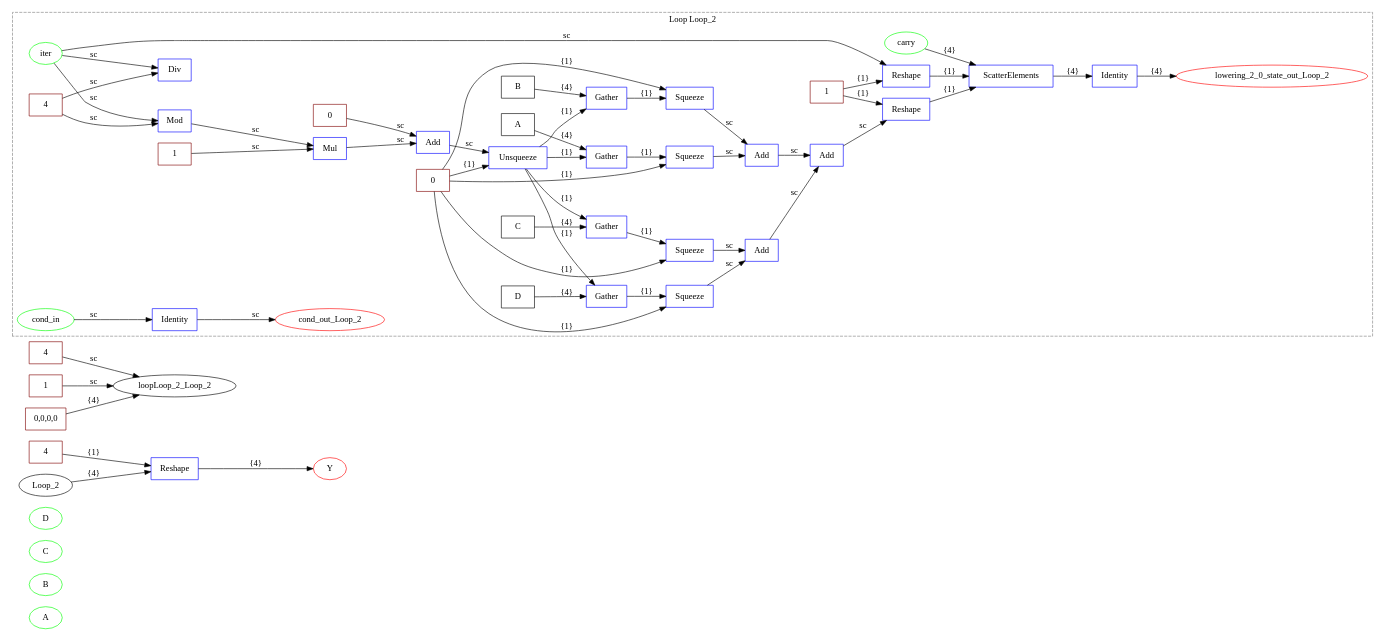
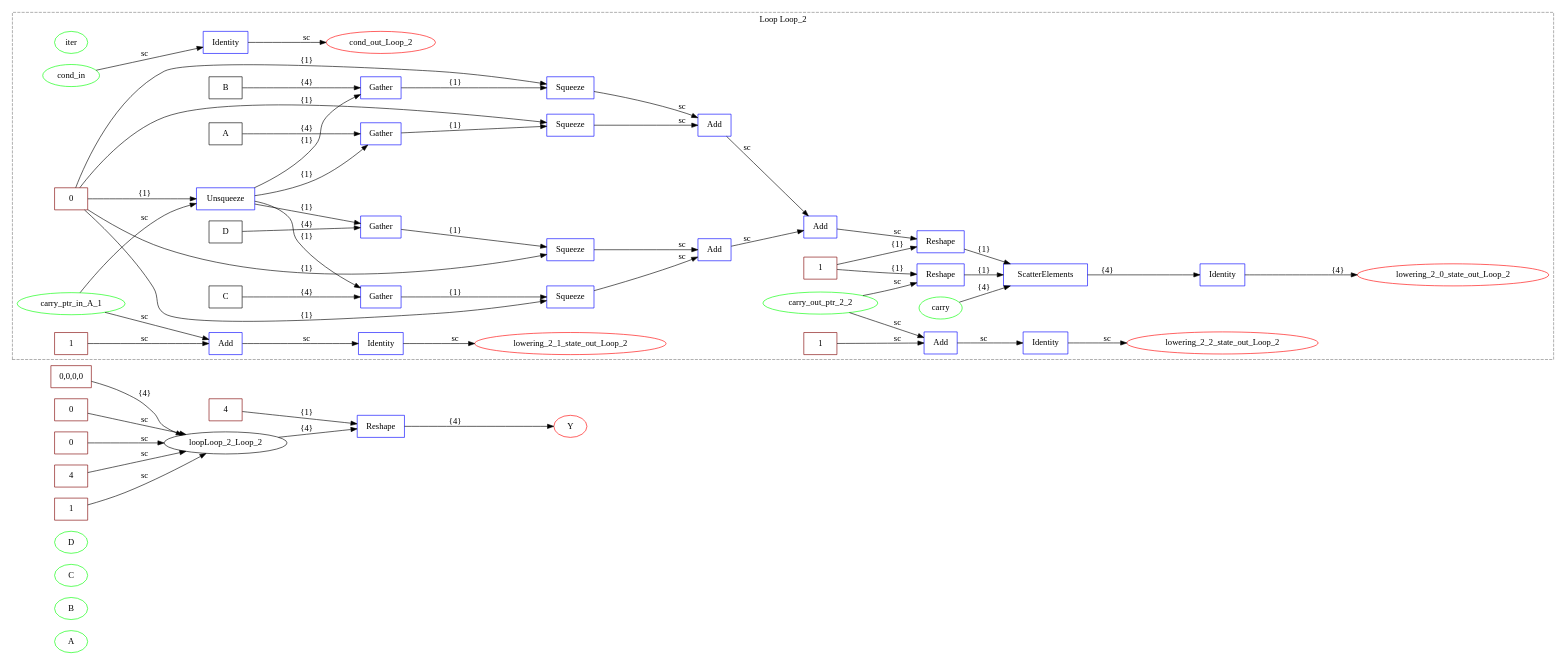
One commit to specs-feup/onnx-flow changed the diagram in examples/onnx/addchain_test.dot. Above: the diagram before and after it, drawn with Graphviz. The commit also changed 12 other files, not shown here.

```diff
--- a/examples/onnx/addchain_test.dot
+++ b/examples/onnx/addchain_test.dot
@@ -1,104 +1,111 @@
 digraph {
   graph [compound=true rankdir=LR];
   A [label=A shape=ellipse color=lime];
   B [label=B shape=ellipse color=lime];
   C [label=C shape=ellipse color=lime];
   D [label=D shape=ellipse color=lime];
   Y [label=Y shape=ellipse color=red];
   loop_lowering_Reshape [label=Reshape shape=box color=blue];
   loop_lowering_final_shape [label=4 shape=box color=maroon];
-  loop_lowering_cond_Loop_2 [label=1 shape=box color=maroon];
-  Loop_2 -> loop_lowering_Reshape [label="{4}"];
-  loop_lowering_init_carry_Loop_2 [label="0,0,0,0" shape=box color=maroon];
   subgraph cluster_loop_Loop_2 {
     graph [compound=true rankdir=LR];
     loopLoop_2_iter [label=iter shape=ellipse color=lime];
     loopLoop_2_cond_in [label=cond_in shape=ellipse color=lime];
-    loopLoop_2_carry [label=carry shape=ellipse color=lime];
     loopLoop_2_id_cond_Loop_2 [label=Identity shape=box color=blue];
     loopLoop_2_cond_out_Loop_2 [label=cond_out_Loop_2 shape=ellipse color=red];
+    loopLoop_2_carry [label=carry shape=ellipse color=lime];
     loopLoop_2_Loop_2_axes [label=0 shape=box color=maroon];
     loopLoop_2_A [label=A shape=box];
-    loopLoop_2_ew_0_mr_dim_gb_out_A_0 [label=4 shape=box color=maroon];
-    loopLoop_2_ew_0_Mod [label=Mod shape=box color=blue];
-    loopLoop_2_ew_0_Mod -> loopLoop_2_ew_0_Mul [label=sc];
-    loopLoop_2_ew_0_Div [label=Div shape=box color=blue];
-    loopLoop_2_ew_0_lin_zero_gb_lin_A [label=0 shape=box color=maroon];
-    loopLoop_2_ew_0_lin_stride_gb_lin_A_0 [label=1 shape=box color=maroon];
-    loopLoop_2_ew_0_Mul [label=Mul shape=box color=blue];
-    loopLoop_2_ew_0_Mul -> loopLoop_2_ew_0_Add [label=sc];
+    loopLoop_2_carry_ptr_in_A_1 [label=carry_ptr_in_A_1 shape=ellipse color=lime];
+    loopLoop_2_ew_0_agu_step_in_A [label=1 shape=box color=maroon];
     loopLoop_2_ew_0_Add [label=Add shape=box color=blue];
-    loopLoop_2_ew_0_Add -> loopLoop_2_ew_0_Unsqueeze [label=sc];
+    loopLoop_2_ew_0_Add -> loopLoop_2_lowering_2_id_state_out_Loop_2_1 [label=sc];
     loopLoop_2_ew_0_Unsqueeze [label=Unsqueeze shape=box color=blue];
     loopLoop_2_ew_0_Unsqueeze -> loopLoop_2_ew_0_Gather [label="{1}"];
     loopLoop_2_ew_0_Unsqueeze -> loopLoop_2_ew_0_Gather_1 [label="{1}"];
     loopLoop_2_ew_0_Unsqueeze -> loopLoop_2_ew_1_Gather [label="{1}"];
     loopLoop_2_ew_0_Unsqueeze -> loopLoop_2_ew_1_Gather_1 [label="{1}"];
     loopLoop_2_ew_0_Gather [label=Gather shape=box color=blue];
     loopLoop_2_ew_0_Gather -> loopLoop_2_ew_0_Squeeze [label="{1}"];
     loopLoop_2_ew_0_Squeeze [label=Squeeze shape=box color=blue];
     loopLoop_2_ew_0_Squeeze -> loopLoop_2_ew_0_Add_1 [label=sc];
     loopLoop_2_B [label=B shape=box];
     loopLoop_2_ew_0_Gather_1 [label=Gather shape=box color=blue];
     loopLoop_2_ew_0_Gather_1 -> loopLoop_2_ew_0_Squeeze_1 [label="{1}"];
     loopLoop_2_ew_0_Squeeze_1 [label=Squeeze shape=box color=blue];
     loopLoop_2_ew_0_Squeeze_1 -> loopLoop_2_ew_0_Add_1 [label=sc];
     loopLoop_2_ew_0_Add_1 [label=Add shape=box color=blue];
     loopLoop_2_ew_0_Add_1 -> loopLoop_2_ew_2_Add [label=sc];
     loopLoop_2_C [label=C shape=box];
     loopLoop_2_ew_1_Gather [label=Gather shape=box color=blue];
     loopLoop_2_ew_1_Gather -> loopLoop_2_ew_1_Squeeze [label="{1}"];
     loopLoop_2_ew_1_Squeeze [label=Squeeze shape=box color=blue];
     loopLoop_2_ew_1_Squeeze -> loopLoop_2_ew_1_Add [label=sc];
     loopLoop_2_D [label=D shape=box];
     loopLoop_2_ew_1_Gather_1 [label=Gather shape=box color=blue];
     loopLoop_2_ew_1_Gather_1 -> loopLoop_2_ew_1_Squeeze_1 [label="{1}"];
     loopLoop_2_ew_1_Squeeze_1 [label=Squeeze shape=box color=blue];
     loopLoop_2_ew_1_Squeeze_1 -> loopLoop_2_ew_1_Add [label=sc];
     loopLoop_2_ew_1_Add [label=Add shape=box color=blue];
     loopLoop_2_ew_1_Add -> loopLoop_2_ew_2_Add [label=sc];
     loopLoop_2_ew_2_Add [label=Add shape=box color=blue];
     loopLoop_2_ew_2_Add -> loopLoop_2_Loop_2_Reshape_1 [label=sc];
     loopLoop_2_Loop_2_one_shape [label=1 shape=box color=maroon];
+    loopLoop_2_carry_out_ptr_2_2 [label=carry_out_ptr_2_2 shape=ellipse color=lime];
+    loopLoop_2_Loop_2_out_step_1 [label=1 shape=box color=maroon];
+    loopLoop_2_Loop_2_Add [label=Add shape=box color=blue];
+    loopLoop_2_Loop_2_Add -> loopLoop_2_lowering_2_id_state_out_Loop_2_2 [label=sc];
     loopLoop_2_Loop_2_Reshape [label=Reshape shape=box color=blue];
     loopLoop_2_Loop_2_Reshape -> loopLoop_2_Loop_2_ScatterElements [label="{1}"];
     loopLoop_2_Loop_2_Reshape_1 [label=Reshape shape=box color=blue];
     loopLoop_2_Loop_2_Reshape_1 -> loopLoop_2_Loop_2_ScatterElements [label="{1}"];
     loopLoop_2_Loop_2_ScatterElements [label=ScatterElements shape=box color=blue];
     loopLoop_2_Loop_2_ScatterElements -> loopLoop_2_lowering_2_id_state_out_Loop_2_0 [label="{4}"];
     loopLoop_2_lowering_2_0_state_out_Loop_2 [label=lowering_2_0_state_out_Loop_2 shape=ellipse color=red];
     loopLoop_2_lowering_2_id_state_out_Loop_2_0 [label=Identity shape=box color=blue];
+    loopLoop_2_lowering_2_1_state_out_Loop_2 [label=lowering_2_1_state_out_Loop_2 shape=ellipse color=red];
+    loopLoop_2_lowering_2_id_state_out_Loop_2_1 [label=Identity shape=box color=blue];
+    loopLoop_2_lowering_2_2_state_out_Loop_2 [label=lowering_2_2_state_out_Loop_2 shape=ellipse color=red];
+    loopLoop_2_lowering_2_id_state_out_Loop_2_2 [label=Identity shape=box color=blue];
     loopLoop_2_cond_in -> loopLoop_2_id_cond_Loop_2 [label=sc];
-    loopLoop_2_iter -> loopLoop_2_ew_0_Mod [label=sc];
-    loopLoop_2_ew_0_mr_dim_gb_out_A_0 -> loopLoop_2_ew_0_Mod [label=sc];
+    loopLoop_2_lowering_2_id_state_out_Loop_2_1 -> loopLoop_2_lowering_2_1_state_out_Loop_2 [label=sc];
+    loopLoop_2_carry_ptr_in_A_1 -> loopLoop_2_ew_0_Add [label=sc];
+    loopLoop_2_ew_0_agu_step_in_A -> loopLoop_2_ew_0_Add [label=sc];
     loopLoop_2_id_cond_Loop_2 -> loopLoop_2_cond_out_Loop_2 [label=sc];
-    loopLoop_2_iter -> loopLoop_2_ew_0_Div [label=sc];
-    loopLoop_2_ew_0_mr_dim_gb_out_A_0 -> loopLoop_2_ew_0_Div [label=sc];
-    loopLoop_2_ew_0_lin_stride_gb_lin_A_0 -> loopLoop_2_ew_0_Mul [label=sc];
-    loopLoop_2_ew_0_lin_zero_gb_lin_A -> loopLoop_2_ew_0_Add [label=sc];
+    loopLoop_2_carry_ptr_in_A_1 -> loopLoop_2_ew_0_Unsqueeze [label=sc];
     loopLoop_2_Loop_2_axes -> loopLoop_2_ew_0_Unsqueeze [label="{1}"];
     loopLoop_2_A -> loopLoop_2_ew_0_Gather [label="{4}"];
     loopLoop_2_Loop_2_axes -> loopLoop_2_ew_0_Squeeze [label="{1}"];
     loopLoop_2_B -> loopLoop_2_ew_0_Gather_1 [label="{4}"];
     loopLoop_2_Loop_2_axes -> loopLoop_2_ew_0_Squeeze_1 [label="{1}"];
     loopLoop_2_C -> loopLoop_2_ew_1_Gather [label="{4}"];
     loopLoop_2_Loop_2_axes -> loopLoop_2_ew_1_Squeeze [label="{1}"];
     loopLoop_2_D -> loopLoop_2_ew_1_Gather_1 [label="{4}"];
     loopLoop_2_Loop_2_axes -> loopLoop_2_ew_1_Squeeze_1 [label="{1}"];
-    loopLoop_2_iter -> loopLoop_2_Loop_2_Reshape [label=sc];
+    loopLoop_2_carry_out_ptr_2_2 -> loopLoop_2_Loop_2_Add [label=sc];
+    loopLoop_2_Loop_2_out_step_1 -> loopLoop_2_Loop_2_Add [label=sc];
+    loopLoop_2_carry_out_ptr_2_2 -> loopLoop_2_Loop_2_Reshape [label=sc];
     loopLoop_2_Loop_2_one_shape -> loopLoop_2_Loop_2_Reshape [label="{1}"];
     loopLoop_2_Loop_2_one_shape -> loopLoop_2_Loop_2_Reshape_1 [label="{1}"];
     loopLoop_2_carry -> loopLoop_2_Loop_2_ScatterElements [label="{4}"];
     loopLoop_2_lowering_2_id_state_out_Loop_2_0 -> loopLoop_2_lowering_2_0_state_out_Loop_2 [label="{4}"];
+    loopLoop_2_lowering_2_id_state_out_Loop_2_2 -> loopLoop_2_lowering_2_2_state_out_Loop_2 [label=sc];
     graph [label="Loop Loop_2"];
     graph [style=dashed];
     graph [color=gray];
   }
 
   loop_lowering_trip_count_Loop_2 [label=4 shape=box color=maroon];
+  loop_lowering_cond_Loop_2 [label=1 shape=box color=maroon];
+  loop_lowering_init_carry_Loop_2 [label="0,0,0,0" shape=box color=maroon];
+  loopLoop_2_Loop_2 -> loop_lowering_Reshape [label="{4}" ltail=cluster_loop_Loop_2];
+  loop_lowering_init_ptr_in_A [label=0 shape=box color=maroon];
+  loop_lowering_init_out_ptr_2 [label=0 shape=box color=maroon];
   loop_lowering_final_shape -> loop_lowering_Reshape [label="{1}"];
+  loop_lowering_trip_count_Loop_2 -> loopLoop_2_Loop_2 [label=sc lhead=cluster_loop_Loop_2];
+  loop_lowering_cond_Loop_2 -> loopLoop_2_Loop_2 [label=sc lhead=cluster_loop_Loop_2];
+  loop_lowering_init_out_ptr_2 -> loopLoop_2_Loop_2 [label=sc lhead=cluster_loop_Loop_2];
+  loop_lowering_init_ptr_in_A -> loopLoop_2_Loop_2 [label=sc lhead=cluster_loop_Loop_2];
   loop_lowering_init_carry_Loop_2 -> loopLoop_2_Loop_2 [label="{4}" lhead=cluster_loop_Loop_2];
-  loop_lowering_cond_Loop_2 -> loopLoop_2_Loop_2 [label=sc lhead=cluster_loop_Loop_2];
-  loop_lowering_trip_count_Loop_2 -> loopLoop_2_Loop_2 [label=sc lhead=cluster_loop_Loop_2];
   loop_lowering_Reshape -> Y [label="{4}"];
 }
```
